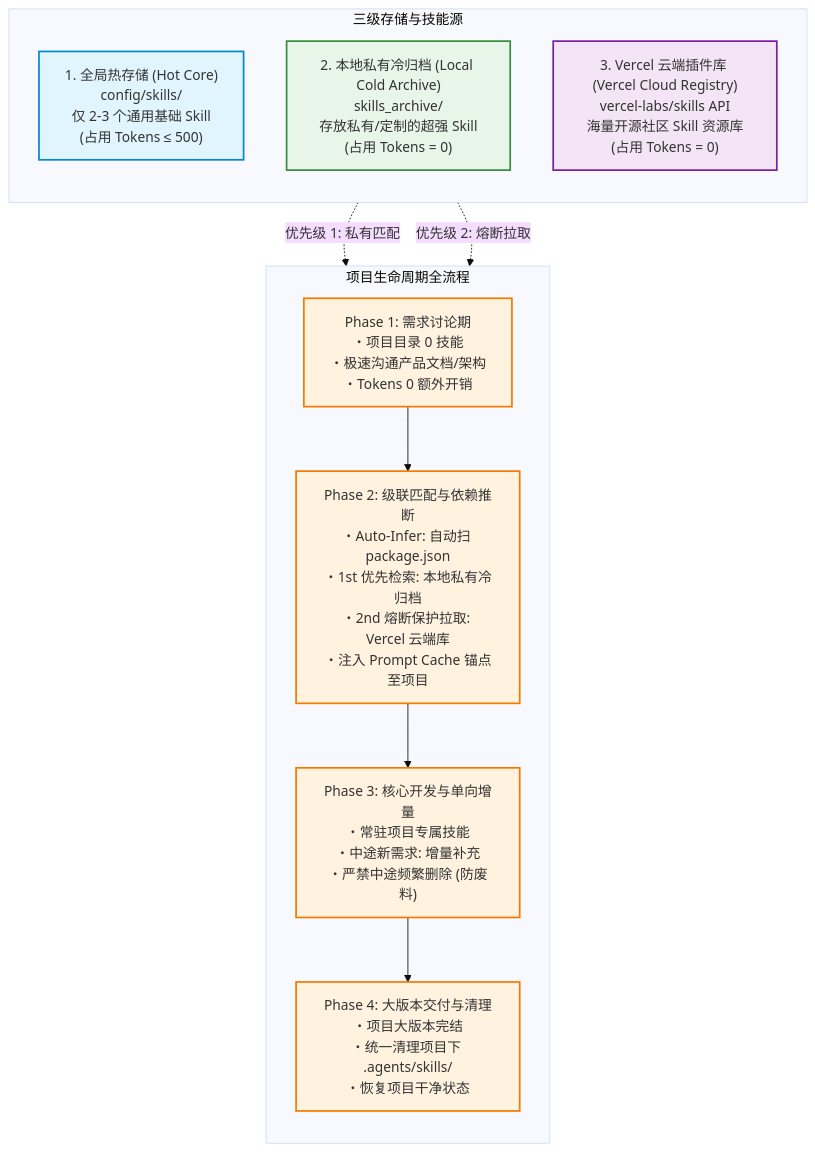
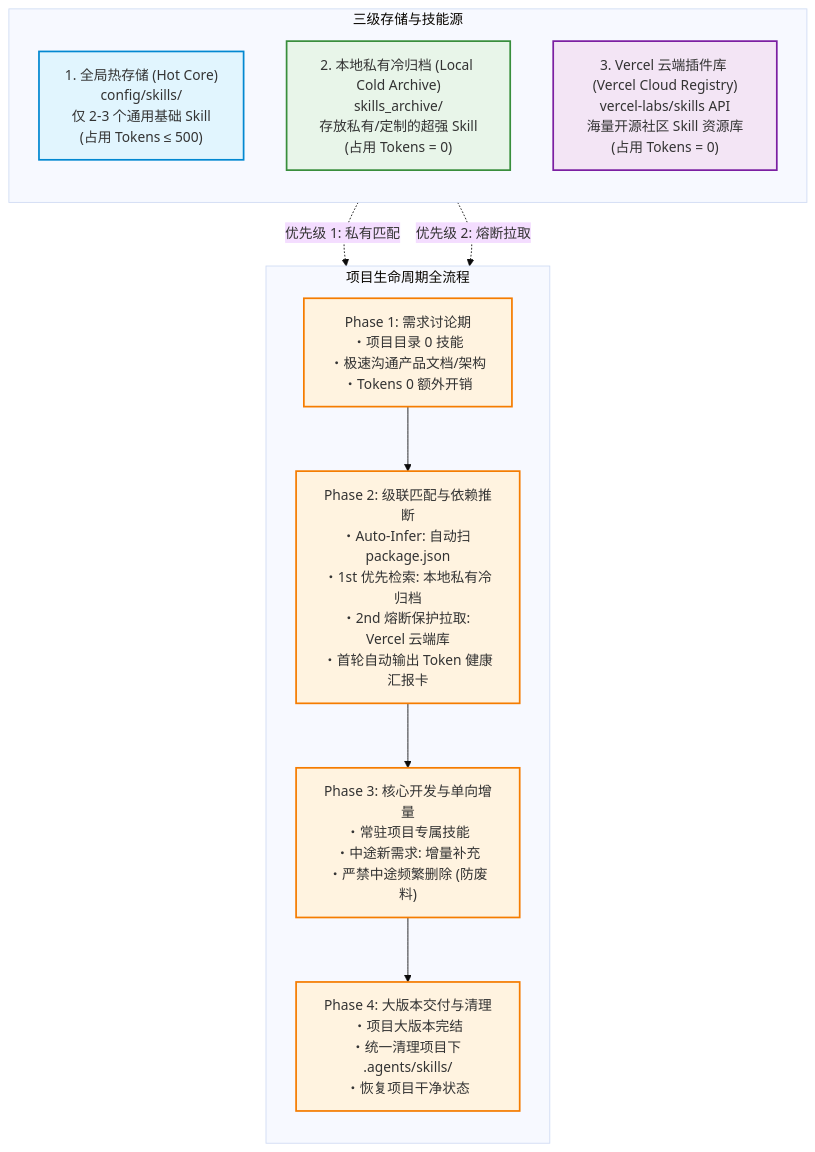
One commit to amasun/skill-orchestrator changed the first of 2 diagrams in README.md. Above: the diagram before and after it, drawn with Mermaid (base theme). The commit also changed other lines of this file and 1 other file, not shown here.

````diff
--- a/README.md
+++ b/README.md
@@ -54,27 +74,27 @@
 ```mermaid
 flowchart TD
     classDef hotStyle fill:#e1f5fe,stroke:#0288d1,stroke-width:2px;
     classDef coldStyle fill:#e8f5e9,stroke:#388e3c,stroke-width:2px;
     classDef cloudStyle fill:#f3e5f5,stroke:#7b1fa2,stroke-width:2px;
     classDef phaseStyle fill:#fff3e0,stroke:#f57c00,stroke-width:2px;
 
     subgraph STORAGE["三级存储与技能源"]
         direction TB
         HotCore["1. 全局热存储 (Hot Core)<br>config/skills/<br>仅 2-3 个通用基础 Skill<br>(占用 Tokens &le; 500)"]:::hotStyle
         ColdArchive["2. 本地私有冷归档 (Local Cold Archive)<br>skills_archive/<br>存放私有/定制的超强 Skill<br>(占用 Tokens = 0)"]:::coldStyle
         VercelCloud["3. Vercel 云端插件库 (Vercel Cloud Registry)<br>vercel-labs/skills API<br>海量开源社区 Skill 资源库<br>(占用 Tokens = 0)"]:::cloudStyle
     end
 
     subgraph LIFECYCLE["项目生命周期全流程"]
         direction TB
         P1["Phase 1: 需求讨论期<br>・项目目录 0 技能<br>・极速沟通产品文档/架构<br>・Tokens 0 额外开销"]:::phaseStyle
-        P2["Phase 2: 级联匹配与依赖推断<br>・Auto-Infer: 自动扫 package.json<br>・1st 优先检索: 本地私有冷归档<br>・2nd 熔断保护拉取: Vercel 云端库<br>・注入 Prompt Cache 锚点至项目"]:::phaseStyle
+        P2["Phase 2: 级联匹配与依赖推断<br>・Auto-Infer: 自动扫 package.json<br>・1st 优先检索: 本地私有冷归档<br>・2nd 熔断保护拉取: Vercel 云端库<br>・首轮自动输出 Token 健康汇报卡"]:::phaseStyle
         P3["Phase 3: 核心开发与单向增量<br>・常驻项目专属技能<br>・中途新需求: 增量补充<br>・严禁中途频繁删除 (防废料)"]:::phaseStyle
         P4["Phase 4: 大版本交付与清理<br>・项目大版本完结<br>・统一清理项目下 .agents/skills/<br>・恢复项目干净状态"]:::phaseStyle
 
         P1 --> P2 --> P3 --> P4
     end
 
     ColdArchive -.->|优先级 1: 私有匹配| P2
     VercelCloud -.->|优先级 2: 熔断拉取| P2
 ```
````
